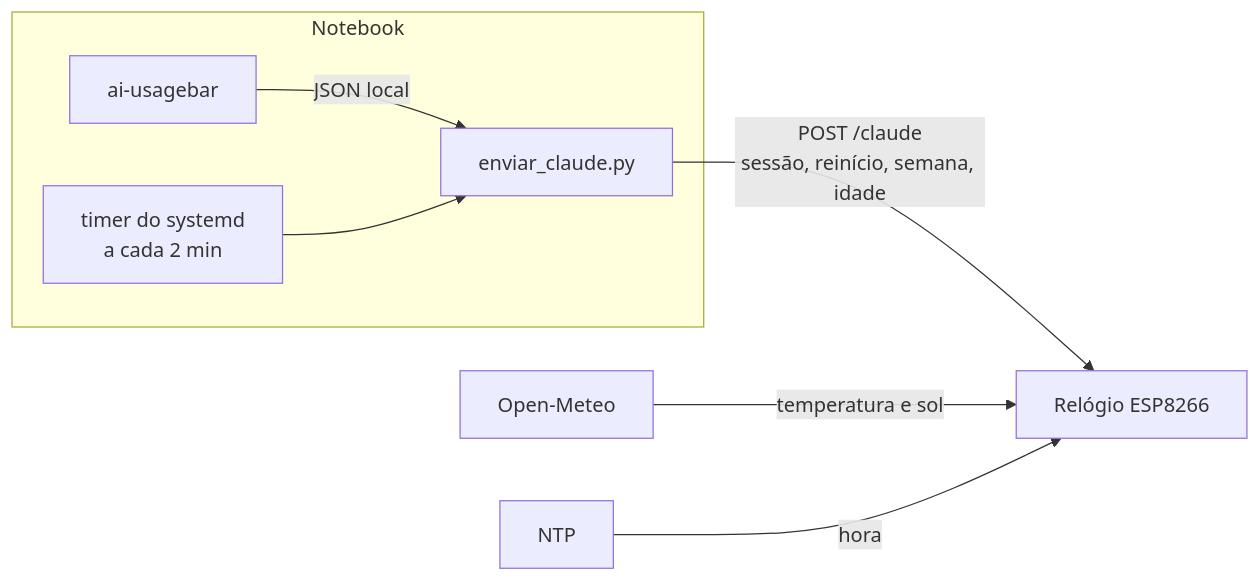
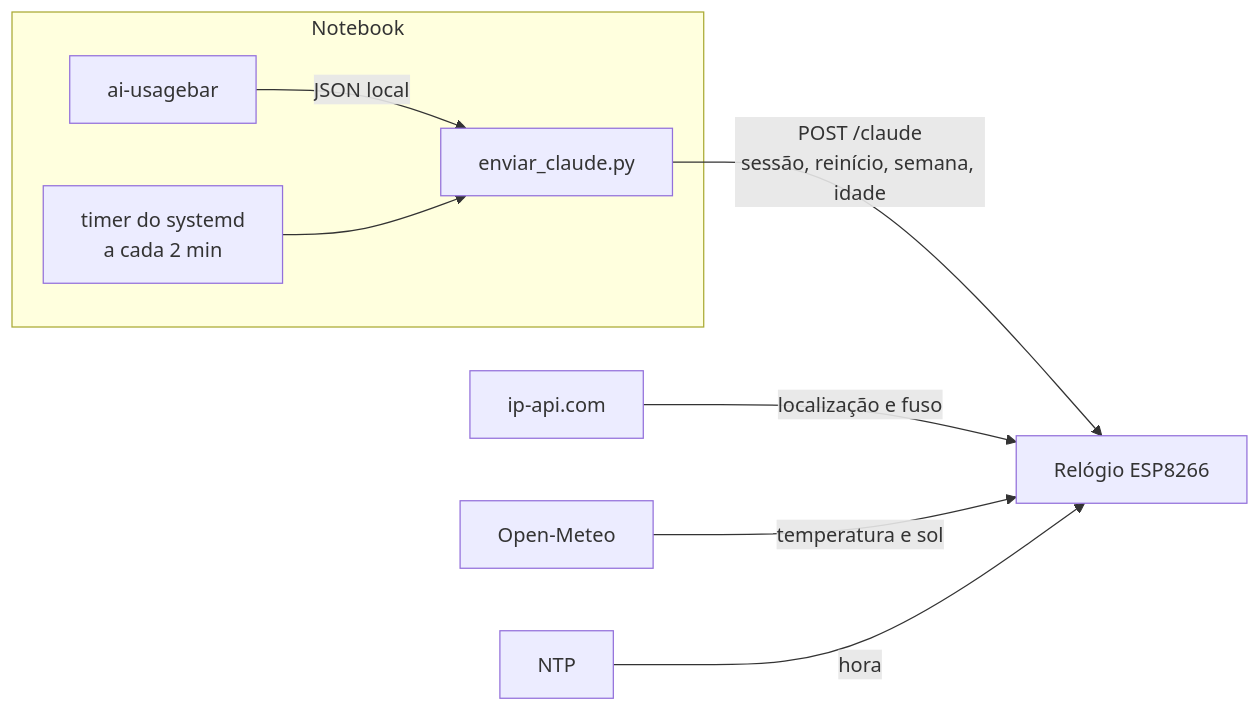
The diagram in README.md (ViniOC/RERelogio), drawn with Mermaid before and after one commit. The commit also changed other lines of this file and 2 other files, not shown here.

First line of the commit message:
Localização e fuso pelo IP, sem cidade no código

````diff
--- a/README.md
+++ b/README.md
@@ -35,10 +37,11 @@
 ```mermaid
 flowchart LR
     subgraph Notebook
         A[ai-usagebar] -->|JSON local| B[enviar_claude.py]
         T[timer do systemd<br/>a cada 2 min] --> B
     end
     B -->|"POST /claude<br/>sessão, reinício, semana, idade"| R[Relógio ESP8266]
+    G[ip-api.com] -->|localização e fuso| R
     O[Open-Meteo] -->|temperatura e sol| R
     N[NTP] -->|hora| R
 ```
````
